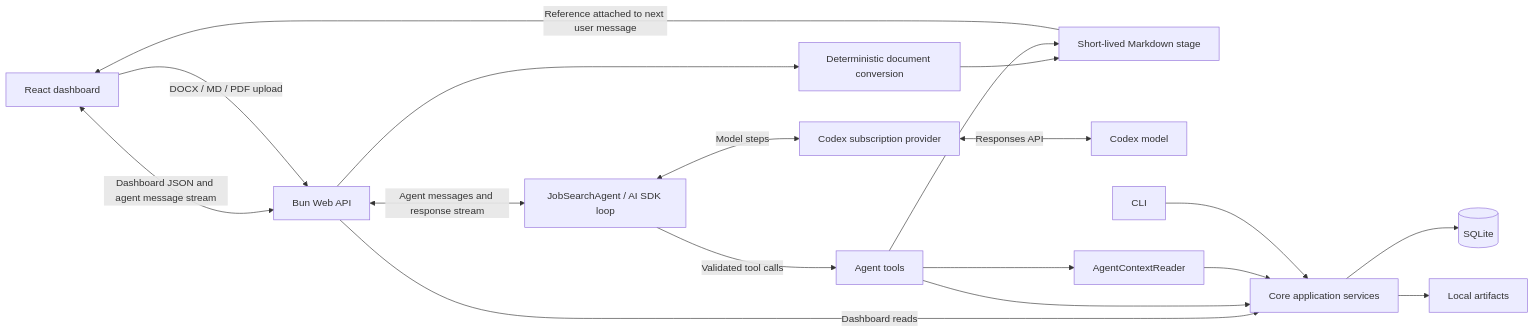
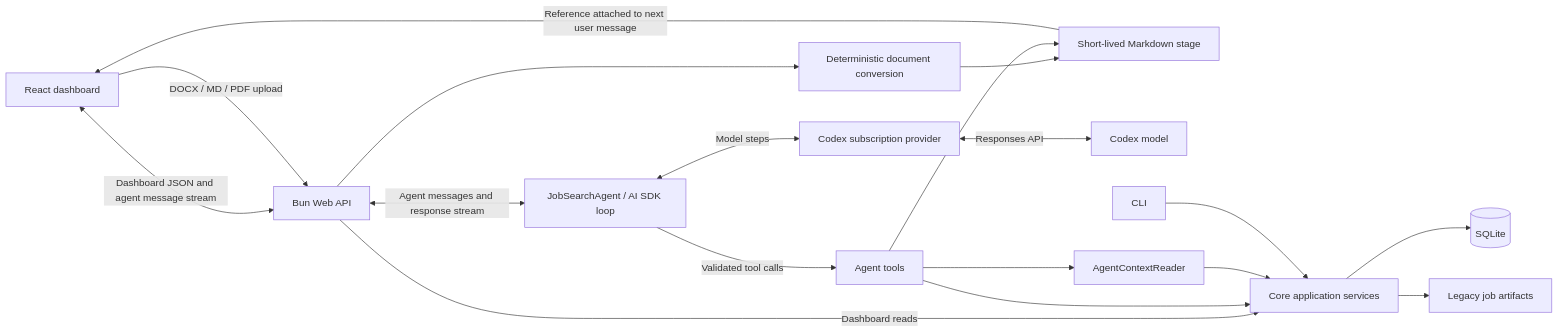
Before and after one commit to paulmccallick/gig-finder: the diagram in docs/architecture/overview.md, drawn with Mermaid. The commit also changed other lines of this file and 47 other files, not shown here.

````diff
--- a/docs/architecture/overview.md
+++ b/docs/architecture/overview.md
@@ -5,20 +5,20 @@
 ```mermaid
 flowchart LR
   Dashboard[React dashboard] <-->|Dashboard JSON and agent message stream| API[Bun Web API]
   Dashboard -->|DOCX / MD / PDF upload| API
   API --> Converter[Deterministic document conversion]
   Converter --> Stage[Short-lived Markdown stage]
   Stage -->|Reference attached to next user message| Dashboard
   API -->|Dashboard reads| Core[Core application services]
   API <-->|Agent messages and response stream| Agent[JobSearchAgent / AI SDK loop]
   Agent <-->|Model steps| Provider[Codex subscription provider]
   Provider <-->|Responses API| Model[Codex model]
   Agent -->|Validated tool calls| Tools[Agent tools]
   Tools --> Stage
   Tools --> Reader[AgentContextReader]
   Tools --> Core
   Reader --> Core
   CLI[CLI] --> Core
   Core --> SQLite[(SQLite)]
-  Core --> Artifacts[Local artifacts]
+  Core --> Artifacts[Legacy job artifacts]
 ```
````
